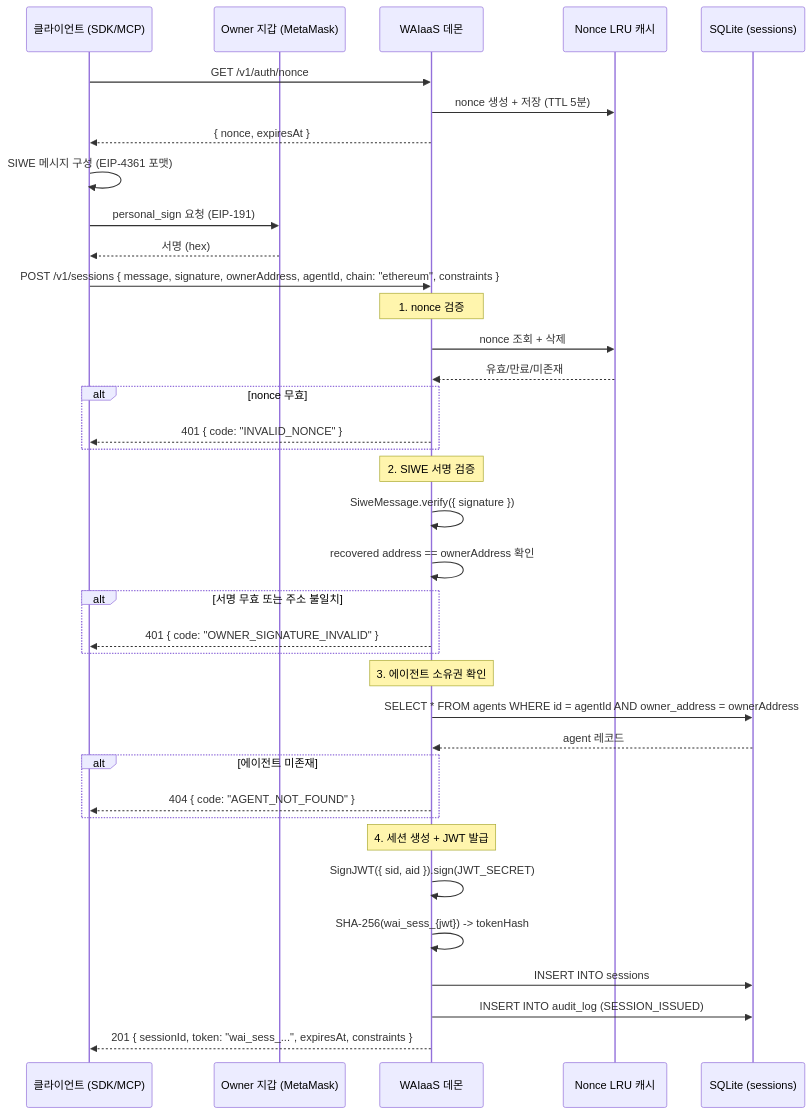
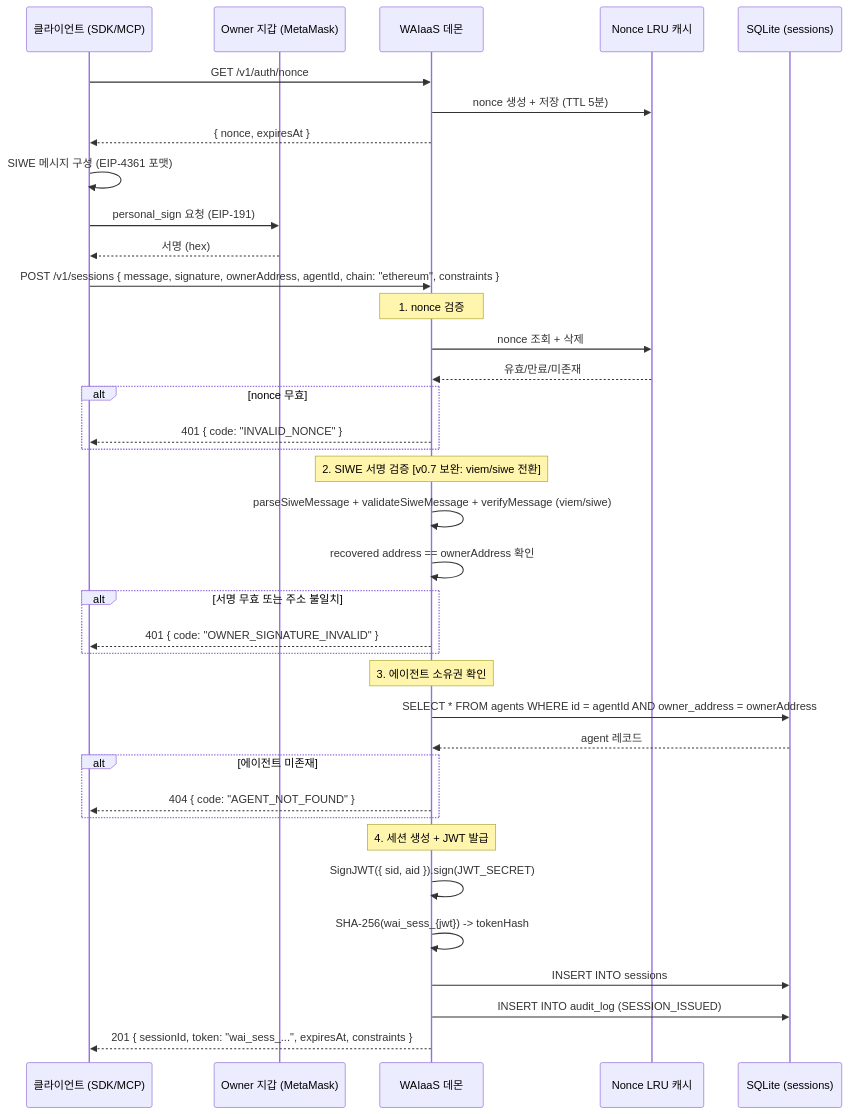
One commit to minhoyoo-iotrust/WAIaaS changed the second of 3 diagrams in .planning/deliverables/30-session-token-protocol.md. Above: the diagram before and after it, drawn with Mermaid. The commit also changed other lines of this file and 15 other files, not shown here.

````diff
--- a/.planning/deliverables/30-session-token-protocol.md
+++ b/.planning/deliverables/30-session-token-protocol.md
@@ -646,50 +661,50 @@
 ```mermaid
 sequenceDiagram
     participant Client as 클라이언트 (SDK/MCP)
     participant Wallet as Owner 지갑 (MetaMask)
     participant Server as WAIaaS 데몬
     participant NonceCache as Nonce LRU 캐시
     participant DB as SQLite (sessions)
 
     Client->>Server: GET /v1/auth/nonce
     Server->>NonceCache: nonce 생성 + 저장 (TTL 5분)
     Server-->>Client: { nonce, expiresAt }
 
     Client->>Client: SIWE 메시지 구성 (EIP-4361 포맷)
     Client->>Wallet: personal_sign 요청 (EIP-191)
     Wallet-->>Client: 서명 (hex)
 
     Client->>Server: POST /v1/sessions { message, signature, ownerAddress, agentId, chain: "ethereum", constraints }
 
     Note over Server: 1. nonce 검증
     Server->>NonceCache: nonce 조회 + 삭제
     NonceCache-->>Server: 유효/만료/미존재
 
     alt nonce 무효
         Server-->>Client: 401 { code: "INVALID_NONCE" }
     end
 
-    Note over Server: 2. SIWE 서명 검증
-    Server->>Server: SiweMessage.verify({ signature })
+    Note over Server: 2. SIWE 서명 검증 [v0.7 보완: viem/siwe 전환]
+    Server->>Server: parseSiweMessage + validateSiweMessage + verifyMessage (viem/siwe)
     Server->>Server: recovered address == ownerAddress 확인
 
     alt 서명 무효 또는 주소 불일치
         Server-->>Client: 401 { code: "OWNER_SIGNATURE_INVALID" }
     end
 
     Note over Server: 3. 에이전트 소유권 확인
     Server->>DB: SELECT * FROM agents WHERE id = agentId AND owner_address = ownerAddress
     DB-->>Server: agent 레코드
 
     alt 에이전트 미존재
         Server-->>Client: 404 { code: "AGENT_NOT_FOUND" }
     end
 
     Note over Server: 4. 세션 생성 + JWT 발급
     Server->>Server: SignJWT({ sid, aid }).sign(JWT_SECRET)
     Server->>Server: SHA-256(wai_sess_{jwt}) -> tokenHash
     Server->>DB: INSERT INTO sessions
     Server->>DB: INSERT INTO audit_log (SESSION_ISSUED)
 
     Server-->>Client: 201 { sessionId, token: "wai_sess_...", expiresAt, constraints }
 ```
````
